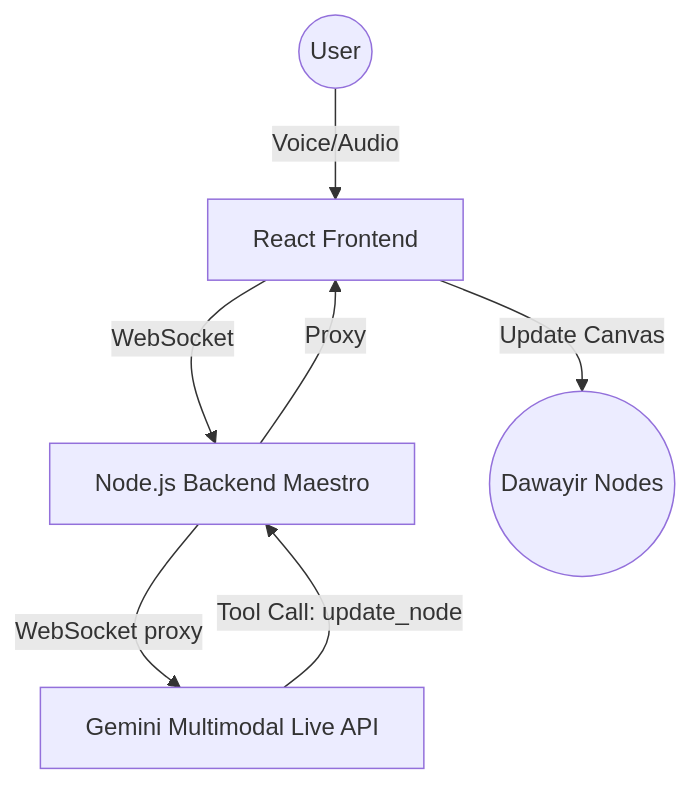
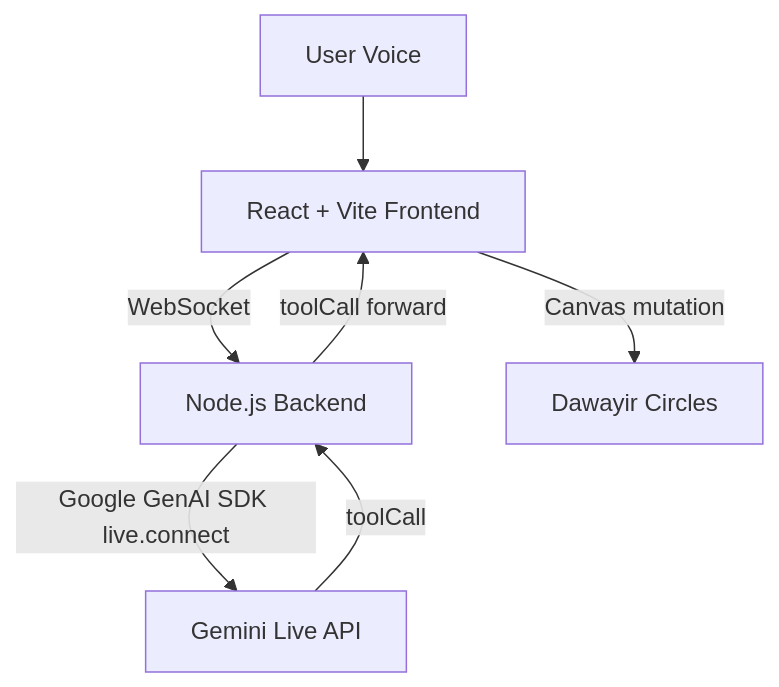
One commit to M7mdRef3t/dawayir-live-agent changed the diagram in README.md. Above: the diagram before and after it, drawn with Mermaid. The commit also changed other lines of this file and 28 other files, not shown here.

````diff
--- a/README.md
+++ b/README.md
@@ -18,9 +32,9 @@
 ```mermaid
 graph TD
-    User((User)) -- Voice/Audio --> React[React Frontend]
-    React -- WebSocket --> Maestro[Node.js Backend Maestro]
-    Maestro -- WebSocket proxy --> Gemini[Gemini Multimodal Live API]
-    Gemini -- Tool Call: update_node --> Maestro
-    Maestro -- Proxy --> React
-    React -- Update Canvas --> Nodes((Dawayir Nodes))
+    U[User Voice] --> F[React + Vite Frontend]
+    F -->|WebSocket| B[Node.js Backend]
+    B -->|Google GenAI SDK live.connect| G[Gemini Live API]
+    G -->|toolCall| B
+    B -->|toolCall forward| F
+    F -->|Canvas mutation| C[Dawayir Circles]
 ```
````
